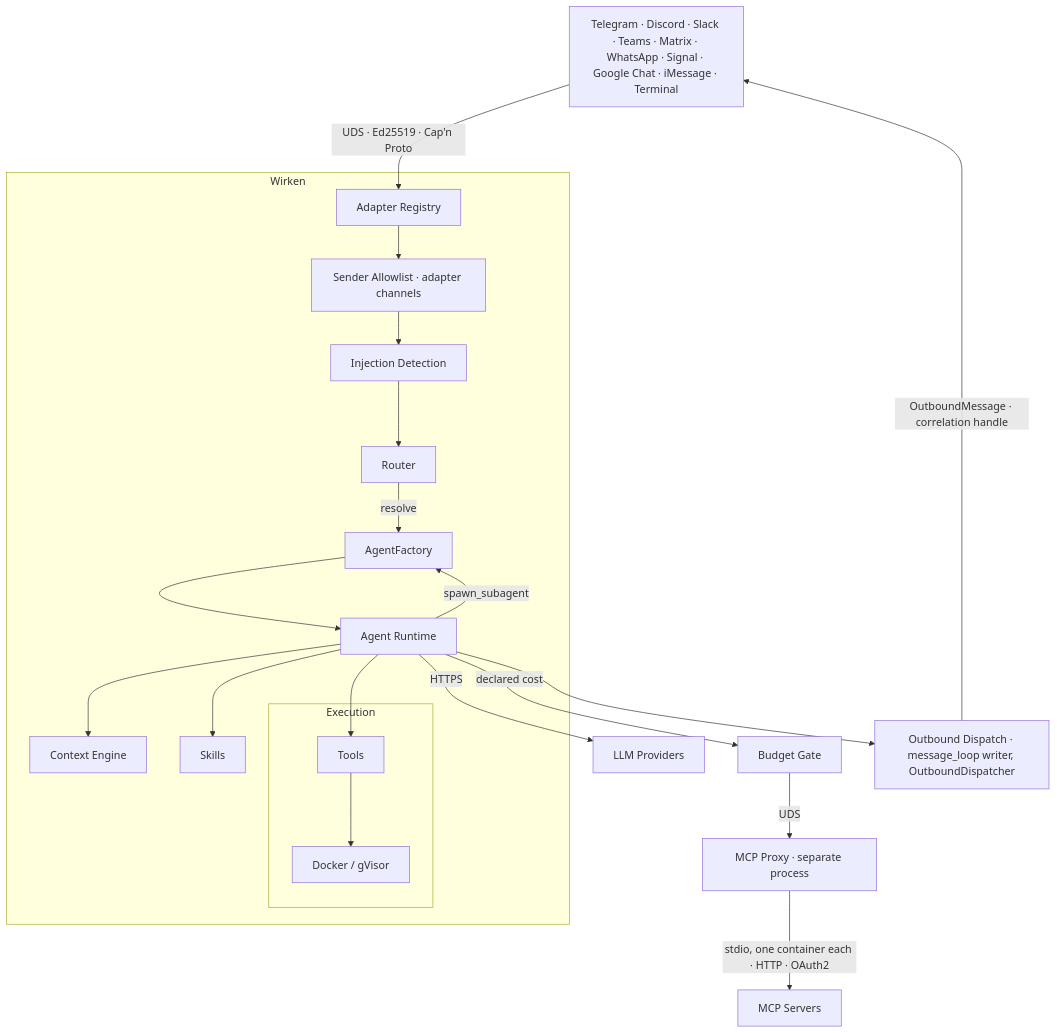
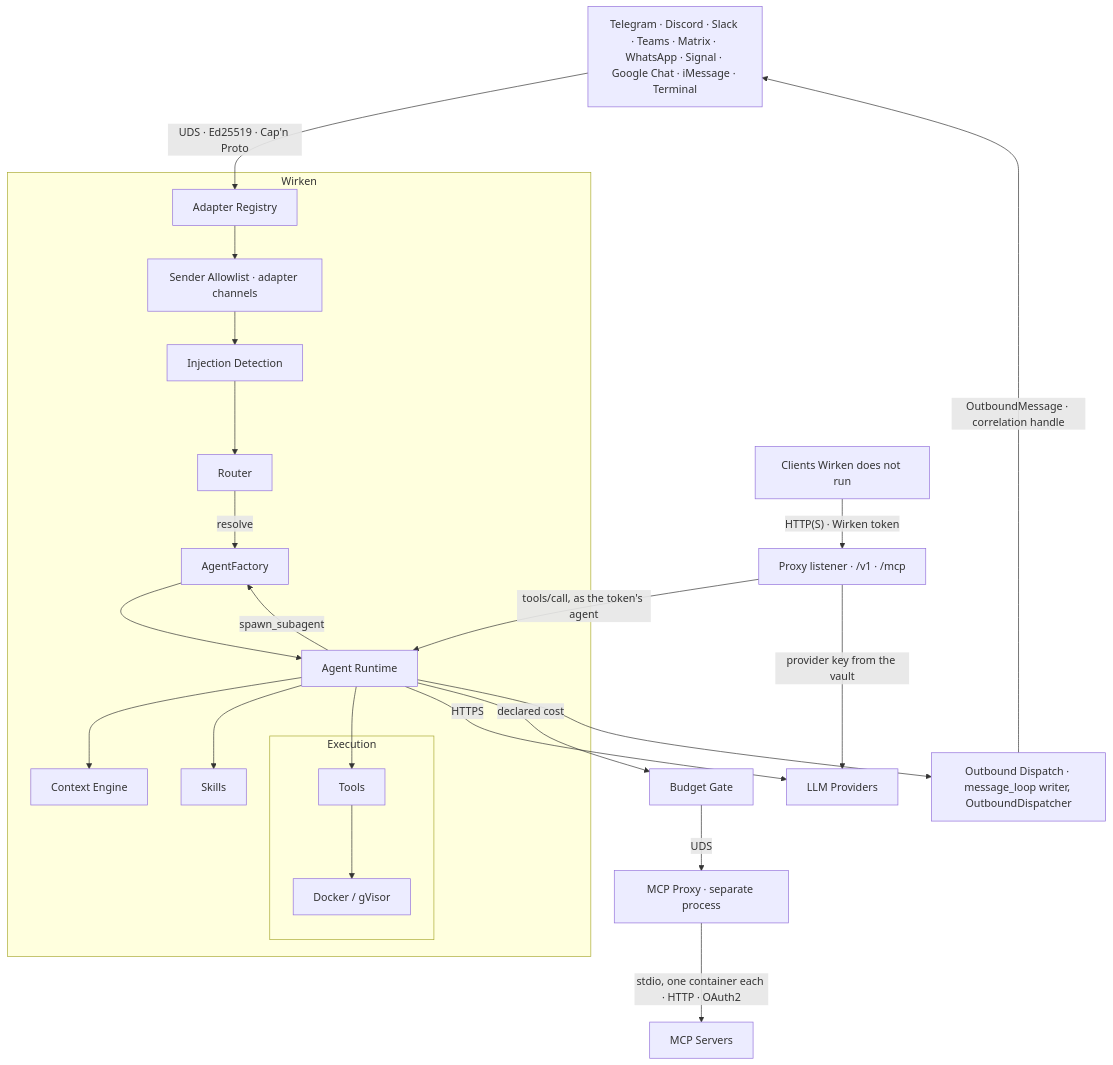
The first of 2 diagrams in README.md (gebruder/wirken), drawn with Mermaid before and after one commit. The commit also changed other lines of this file and 2 other files, not shown here.

Commit message:
Describe proxy mode in the README, getting started and the architecture page

````diff
--- a/README.md
+++ b/README.md
@@ -172,29 +196,33 @@
 ```mermaid
 graph TD
     Channels["Telegram · Discord · Slack · Teams · Matrix · WhatsApp · Signal · Google Chat · iMessage · Terminal"]
     Channels -- "UDS · Ed25519 · Cap'n Proto" --> Registry[Adapter Registry]
 
     subgraph Wirken
         Registry --> Senders["Sender Allowlist · adapter channels"]
         Senders --> Detect[Injection Detection]
         Detect --> Router
         Router -- "resolve" --> Factory[AgentFactory]
         Factory --> Agent[Agent Runtime]
         Agent --> Context[Context Engine]
         Agent --> Skills
         Agent --> Tools
 
         subgraph Execution
             Tools --> Sandbox[Docker / gVisor]
         end
     end
 
     Agent -- "spawn_subagent" --> Factory
     Agent -- HTTPS --> LLM[LLM Providers]
     Agent -- "declared cost" --> Budget[Budget Gate]
     Budget -- "UDS" --> McpProxy["MCP Proxy · separate process"]
     McpProxy -- "stdio, one container each · HTTP · OAuth2" --> McpServers[MCP Servers]
 
     Agent --> Outbound["Outbound Dispatch · message_loop writer, OutboundDispatcher"]
     Outbound -- "OutboundMessage · correlation handle" --> Channels
+
+    Clients["Clients Wirken does not run"] -- "HTTP(S) · Wirken token" --> Proxy["Proxy listener · /v1 · /mcp"]
+    Proxy -- "provider key from the vault" --> LLM
+    Proxy -- "tools/call, as the token's agent" --> Agent
 ```
````
